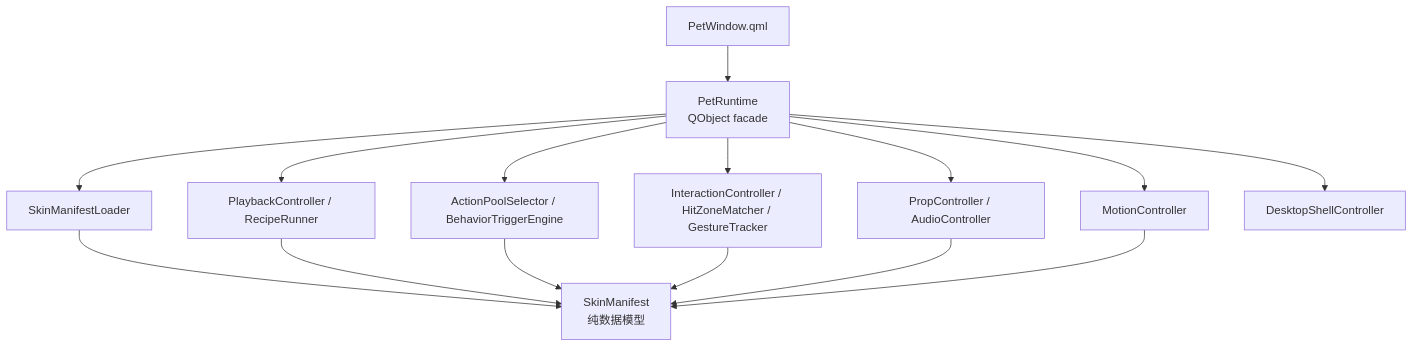
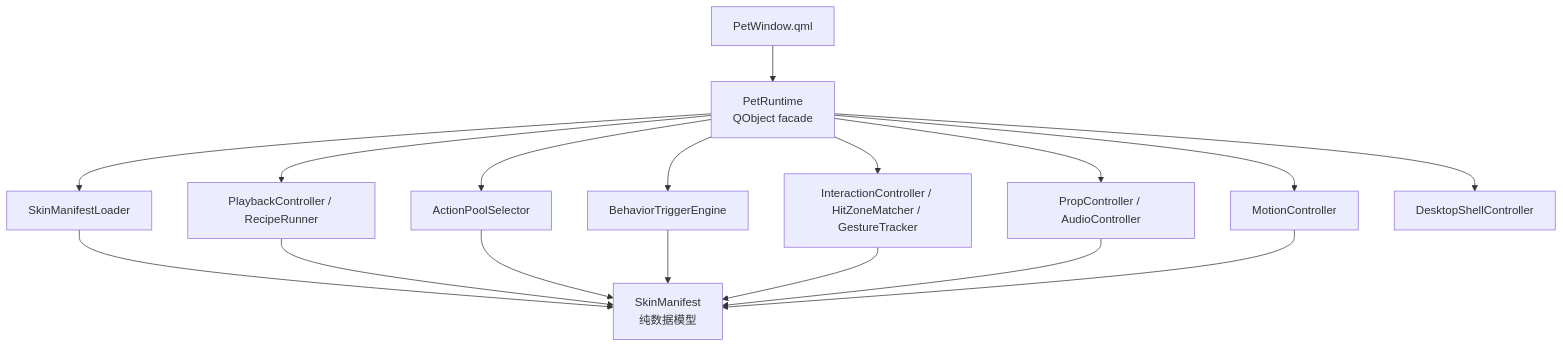
Before and after one commit to tiantian180/MilesEdgeworth: the first of 5 diagrams in docs/v2/设计方案/桌宠运行时职责拆分设计.md, drawn with Mermaid. The commit also changed other lines of this file and 123 other files, not shown here.

Commit message:
refactor: split pet runtime manifest services

````diff
--- a/docs/v2/设计方案/桌宠运行时职责拆分设计.md
+++ b/docs/v2/设计方案/桌宠运行时职责拆分设计.md
@@ -98,28 +99,31 @@
 ```mermaid
 flowchart TD
     QML["PetWindow.qml"]
     Runtime["PetRuntime<br/>QObject facade"]
     Manifest["SkinManifest<br/>纯数据模型"]
     Loader["SkinManifestLoader"]
     Playback["PlaybackController / RecipeRunner"]
-    Behavior["ActionPoolSelector / BehaviorTriggerEngine"]
+    Selection["ActionPoolSelector"]
+    Behavior["BehaviorTriggerEngine"]
     Interaction["InteractionController / HitZoneMatcher / GestureTracker"]
     Effects["PropController / AudioController"]
     Motion["MotionController"]
     Shell["DesktopShellController"]
 
     QML --> Runtime
     Runtime --> Loader
     Loader --> Manifest
     Runtime --> Playback
+    Runtime --> Selection
     Runtime --> Behavior
     Runtime --> Interaction
     Runtime --> Effects
     Runtime --> Motion
     Playback --> Manifest
+    Selection --> Manifest
     Behavior --> Manifest
     Interaction --> Manifest
     Effects --> Manifest
     Motion --> Manifest
     Runtime --> Shell
 ```
````
